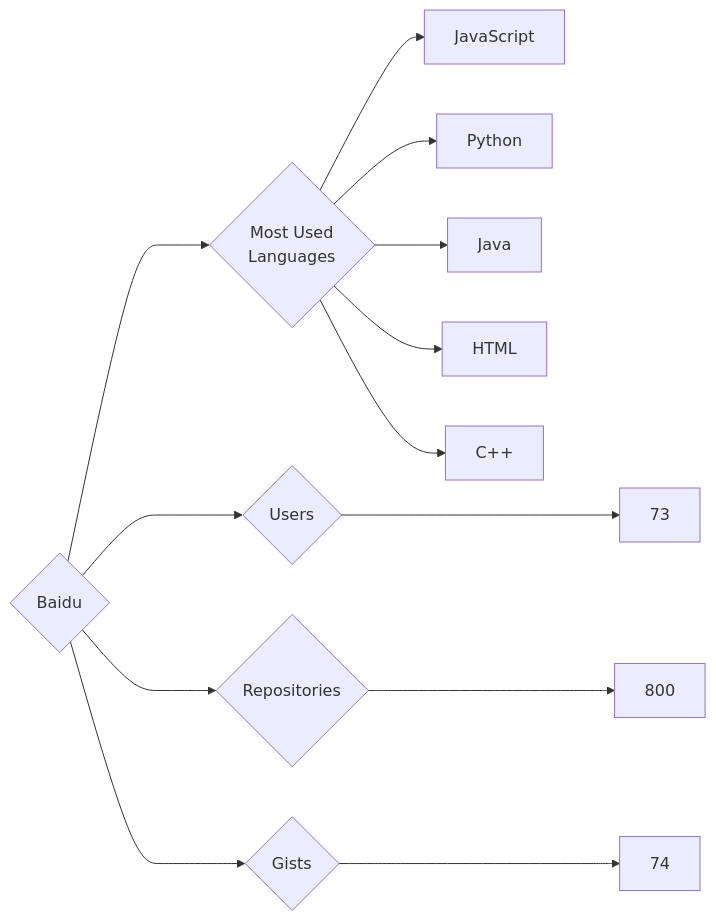
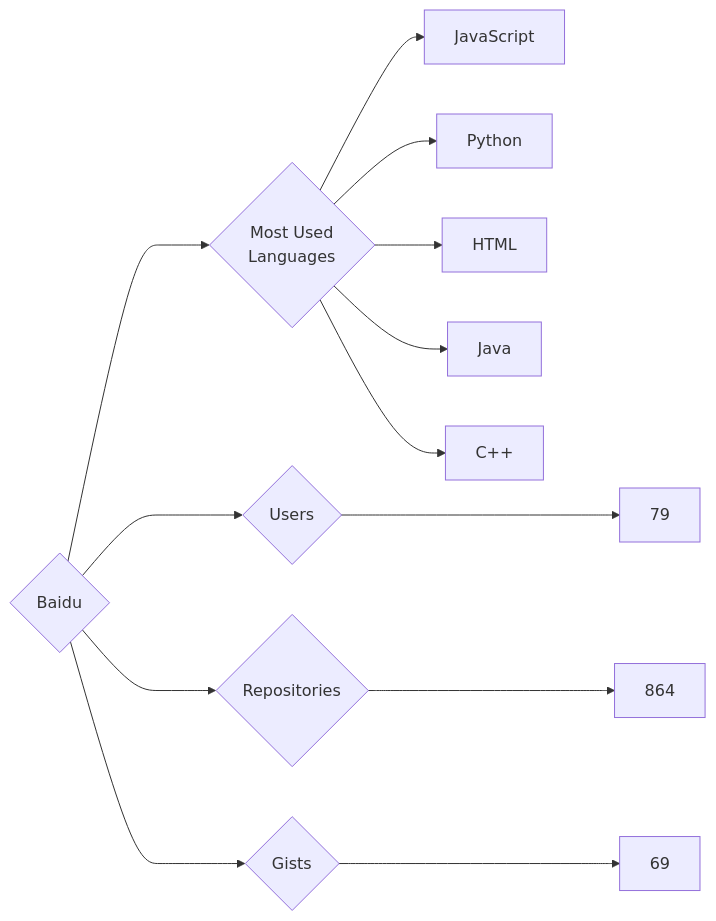
Before and after one commit to trickest/insiders: the diagram in targets/Baidu/README.md, drawn with Mermaid. The commit also changed 928 other files, not shown here.

````diff
--- a/targets/Baidu/README.md
+++ b/targets/Baidu/README.md
@@ -3,13 +3,13 @@
 ```mermaid
 graph LR
 COMPANY_NAME{Baidu}
-COMPANY_NAME ---> U{Users} ---> UN[73]
-COMPANY_NAME ---> R{Repositories} ---> RN[800]
-COMPANY_NAME ---> G{Gists} ---> GN[74]
+COMPANY_NAME ---> U{Users} ---> UN[79]
+COMPANY_NAME ---> R{Repositories} ---> RN[864]
+COMPANY_NAME ---> G{Gists} ---> GN[69]
 COMPANY_NAME ---> ML{Most Used<br>Languages}
 ML --> JavaScript[JavaScript]
 ML --> Python[Python]
+ML --> HTML[HTML]
 ML --> Java[Java]
-ML --> HTML[HTML]
 ML --> C++[C++]
 ```
````
